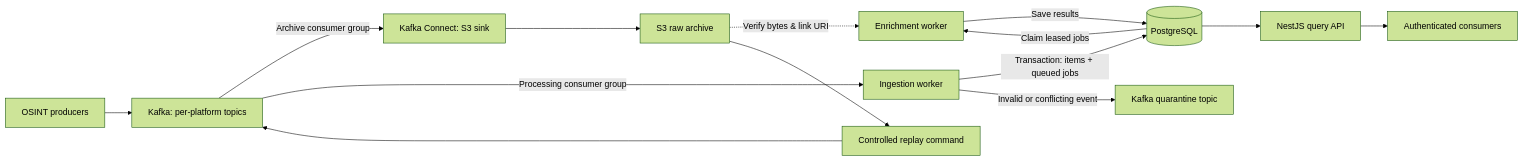
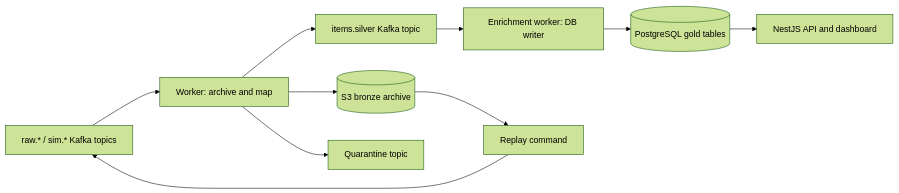
One commit to tabash21/nexus changed the diagram in README.md. Above: the diagram before and after it, drawn with Mermaid (forest theme). The commit also changed other lines of this file and 40 other files, not shown here.

Commit message:
feat: implement Kafka enrichment worker, pipeline integration tests, and database ingestion schema

````diff
--- a/README.md
+++ b/README.md
@@ -7,16 +7,12 @@
 ```mermaid
 flowchart LR
-    Producers[OSINT producers] --> Kafka[Kafka: per-platform topics]
-    Kafka -->|Archive consumer group| Connect[Kafka Connect: S3 sink]
-    Connect --> Raw[S3 raw archive]
-    Kafka -->|Processing consumer group| Worker[Ingestion worker]
-    Worker -->|Transaction: items + queued jobs| PG[(PostgreSQL)]
-    Worker -->|Invalid or conflicting event| DLQ[Kafka quarantine topic]
-    PG -->|Claim leased jobs| Enrichment[Enrichment worker]
-    Enrichment -->|Save results| PG
-    Raw -.->|Verify bytes & link URI| Enrichment
-    PG --> API[NestJS query API]
-    API --> Consumers[Authenticated consumers]
-    Raw --> Replay[Controlled replay command]
-    Replay --> Kafka
+  Raw[raw.* / sim.* Kafka topics] --> Worker[Worker: archive and map]
+  Worker --> Bronze[(S3 bronze archive)]
+  Worker --> Silver[items.silver Kafka topic]
+  Silver --> Writer[Enrichment worker: DB writer]
+  Writer --> Gold[(PostgreSQL gold tables)]
+  Gold --> API[NestJS API and dashboard]
+  Worker --> DLQ[Quarantine topic]
+  Bronze --> Replay[Replay command]
+  Replay --> Raw
 ```
````
